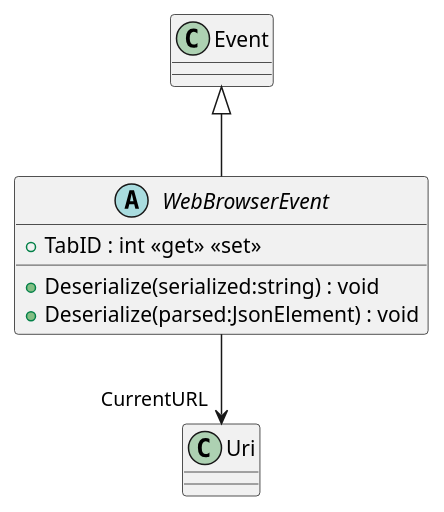
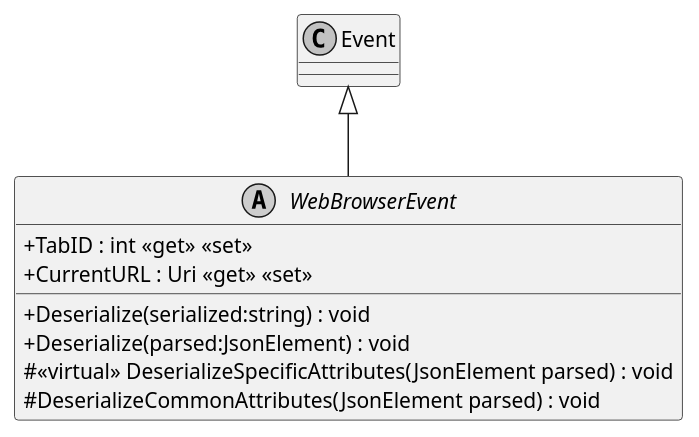
The diagram in application/plantuml/Modules/WebBrowser/Events/WebBrowserEvent.puml (insightmind/MORR), drawn with PlantUML before and after one commit. The commit also changed 14 other files, not shown here.

```diff
--- a/application/plantuml/Modules/WebBrowser/Events/WebBrowserEvent.puml
+++ b/application/plantuml/Modules/WebBrowser/Events/WebBrowserEvent.puml
@@ -1,9 +1,13 @@
 @startuml
+skinparam monochrome true
+skinparam ClassAttributeIconSize 0
 abstract class WebBrowserEvent {
     + TabID : int <<get>> <<set>>
     + Deserialize(serialized:string) : void
     + Deserialize(parsed:JsonElement) : void
+    # <<virtual>> DeserializeSpecificAttributes(JsonElement parsed) : void
+    # DeserializeCommonAttributes(JsonElement parsed) : void
+    + CurrentURL : Uri <<get>> <<set>>
 }
 Event <|-- WebBrowserEvent
-WebBrowserEvent --> "CurrentURL" Uri
 @enduml
```
